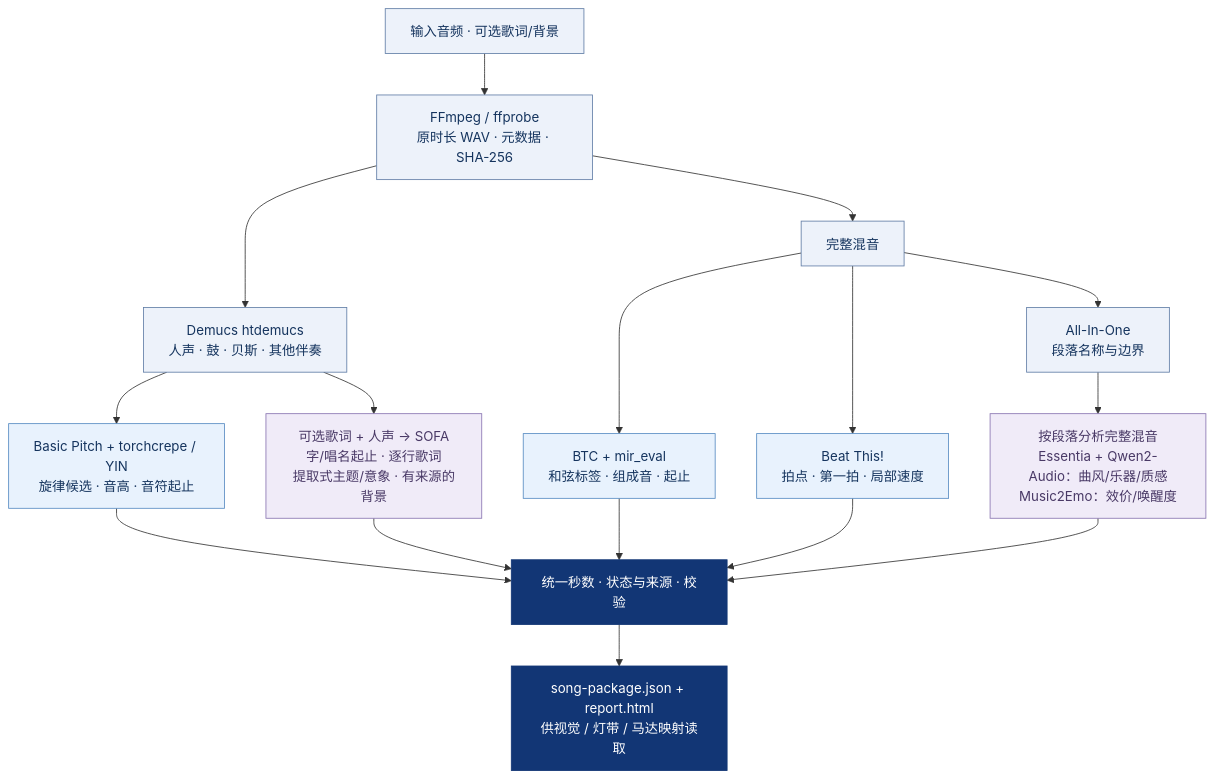
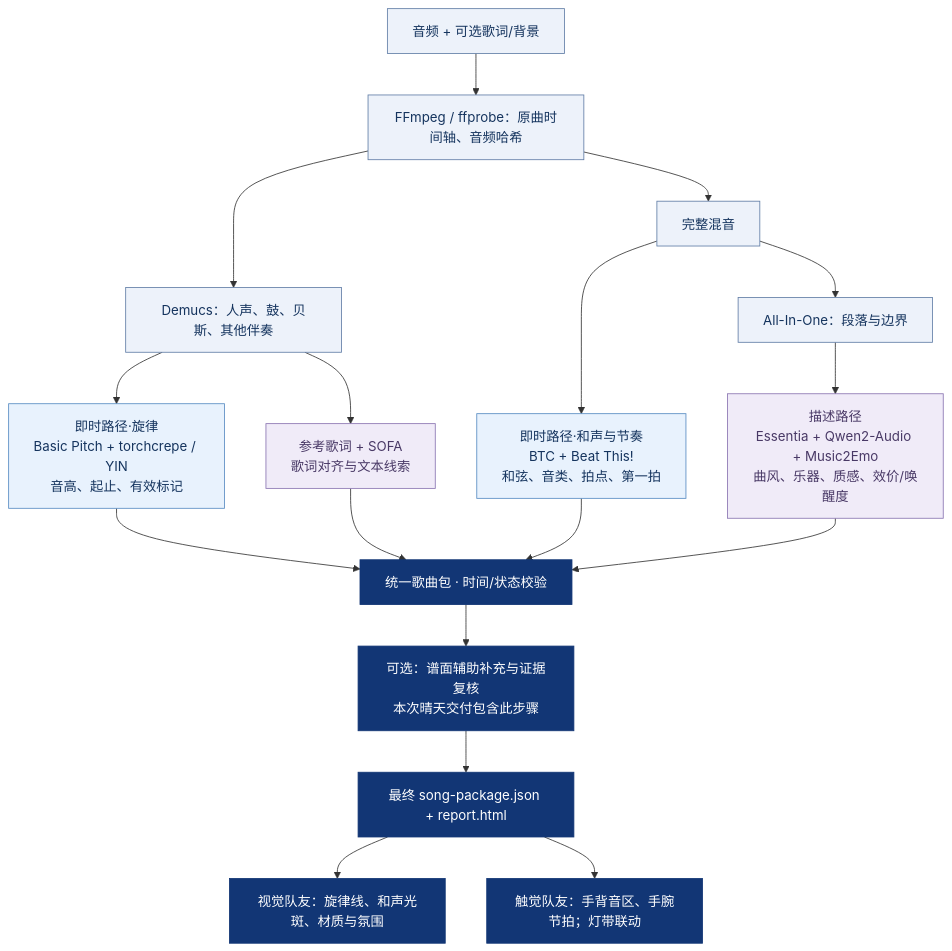
Before and after one commit to Fragile-greensleeves/cross-sensory-music-preprocessor: the diagram in README.md, drawn with Mermaid. The commit also changed other lines of this file and 28 other files, not shown here.

````diff
--- a/README.md
+++ b/README.md
@@ -9,26 +27,27 @@
 ```mermaid
 flowchart TB
-    A["输入音频 · 可选歌词/背景"] --> B["FFmpeg / ffprobe<br/>原时长 WAV · 元数据 · SHA-256"]
-    B --> C["Demucs htdemucs<br/>人声 · 鼓 · 贝斯 · 其他伴奏"]
+    A["音频 + 可选歌词/背景"] --> B["FFmpeg / ffprobe：原曲时间轴、音频哈希"]
+    B --> C["Demucs：人声、鼓、贝斯、其他伴奏"]
     B --> D["完整混音"]
-    C --> M["Basic Pitch + torchcrepe / YIN<br/>旋律候选 · 音高 · 音符起止"]
-    D --> H["BTC + mir_eval<br/>和弦标签 · 组成音 · 起止"]
-    D --> R["Beat This!<br/>拍点 · 第一拍 · 局部速度"]
-    D --> S["All-In-One<br/>段落名称与边界"]
-    S --> E["按段落分析完整混音<br/>Essentia + Qwen2-Audio：曲风/乐器/质感<br/>Music2Emo：效价/唤醒度"]
-    C --> L["可选歌词 + 人声 → SOFA<br/>字/唱名起止 · 逐行歌词<br/>提取式主题/意象 · 有来源的背景"]
-    M --> Q["统一秒数 · 状态与来源 · 校验"]
-    H --> Q
-    R --> Q
-    E --> Q
-    L --> Q
-    Q --> O["song-package.json + report.html<br/>供视觉 / 灯带 / 马达映射读取"]
-    classDef base fill:#EDF2FA,stroke:#617DA6,color:#15345E;
+    C --> I["即时路径·旋律<br/>Basic Pitch + torchcrepe / YIN<br/>音高、起止、有效标记"]
+    D --> J["即时路径·和声与节奏<br/>BTC + Beat This!<br/>和弦、音类、拍点、第一拍"]
+    D --> K["All-In-One：段落与边界"]
+    K --> L["描述路径<br/>Essentia + Qwen2-Audio + Music2Emo<br/>曲风、乐器、质感、效价/唤醒度"]
+    C --> M["参考歌词 + SOFA<br/>歌词对齐与文本线索"]
+    I --> N["统一歌曲包 · 时间/状态校验"]
+    J --> N
+    L --> N
+    M --> N
+    N --> R["可选：谱面辅助补充与证据复核<br/>本次晴天交付包含此步骤"]
+    R --> O["最终 song-package.json + report.html"]
+    O --> V["视觉队友：旋律线、和声光斑、材质与氛围"]
+    O --> T["触觉队友：手背音区、手腕节拍；灯带联动"]
+    classDef input fill:#EDF2FA,stroke:#617DA6,color:#15345E;
     classDef instant fill:#E8F2FD,stroke:#578BC2,color:#15345E;
-    classDef descr fill:#F0EBF8,stroke:#8974B1,color:#493966;
+    classDef description fill:#F0EBF8,stroke:#8974B1,color:#493966;
     classDef output fill:#123675,stroke:#123675,color:#FFFFFF;
-    class A,B,C,D,S base;
-    class M,H,R instant;
-    class E,L descr;
-    class Q,O output;
+    class A,B,C,D,K input;
+    class I,J instant;
+    class L,M description;
+    class N,R,O,V,T output;
 ```
````
